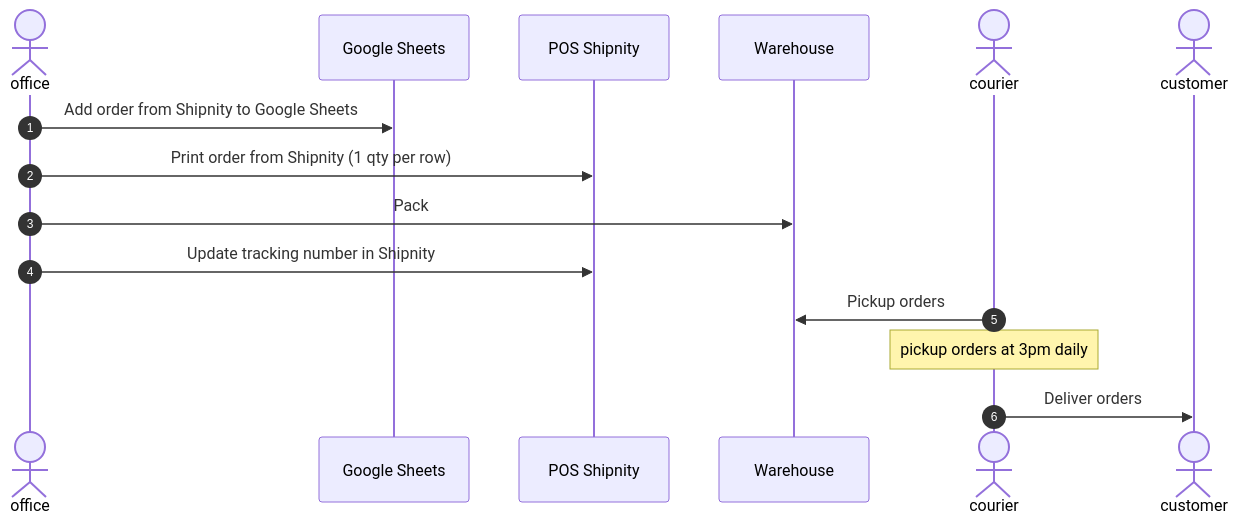
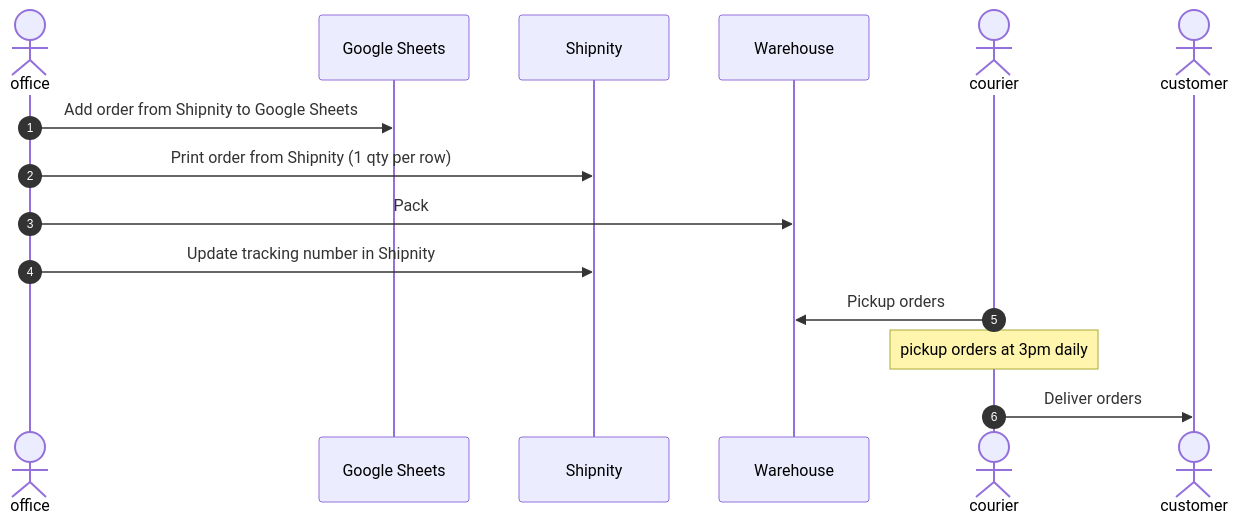
One commit to turboza/urthe-documentation changed the third of 3 diagrams in online-flow.md. Above: the diagram before and after it, drawn with Mermaid. The commit also changed other lines of this file and 3 other files, not shown here.

````diff
--- a/online-flow.md
+++ b/online-flow.md
@@ -53,19 +53,19 @@
 ```mermaid
 sequenceDiagram
     actor office
     participant Google Sheets
-    participant POS Shipnity
+    participant Shipnity
     participant Warehouse
     actor courier
     actor customer
 
     autonumber
 
     office->>Google Sheets: Add order from Shipnity to Google Sheets
-    office->>POS Shipnity: Print order from Shipnity (1 qty per row)
+    office->>Shipnity: Print order from Shipnity (1 qty per row)
     office->>Warehouse: Pack
-    office->>POS Shipnity: Update tracking number in Shipnity
+    office->>Shipnity: Update tracking number in Shipnity
     courier->>Warehouse: Pickup orders
     Note over courier: pickup orders at 3pm daily
     courier->>customer: Deliver orders
 ```
````
